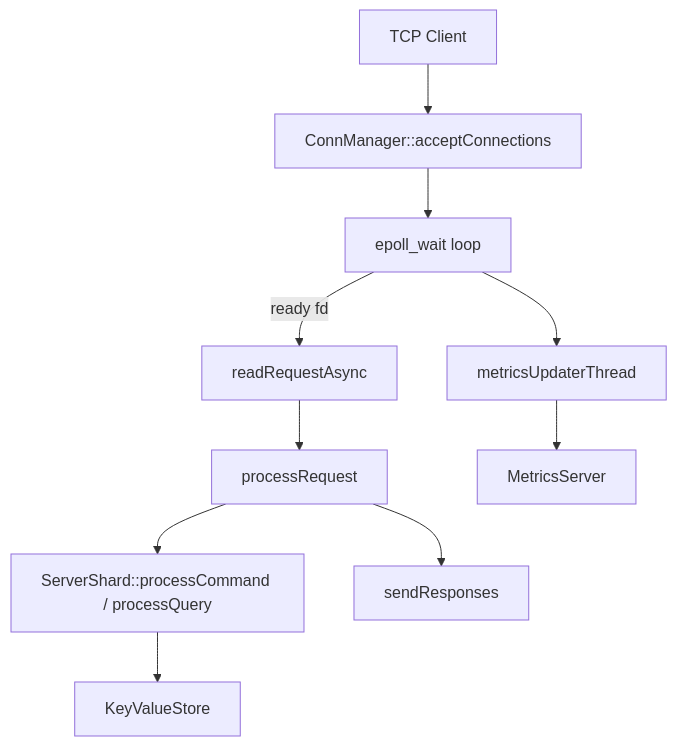
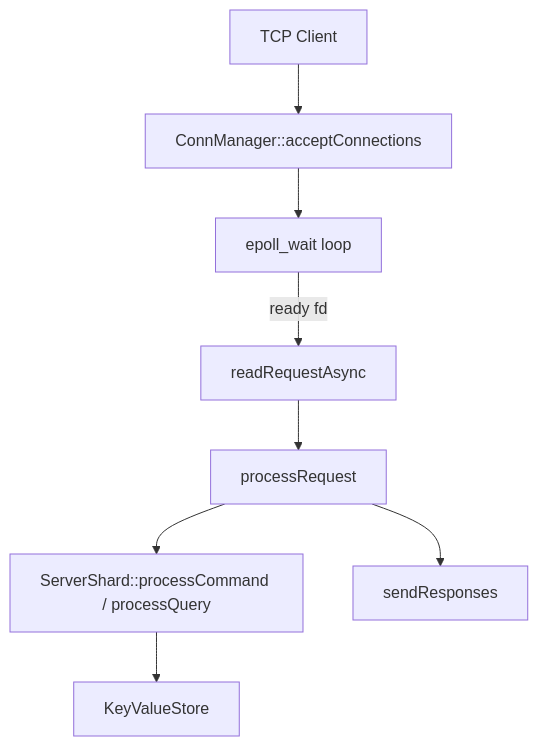
One commit to MisterVVP/poor-man-s-cache changed the first of 4 diagrams in docs/design.md. Above: the diagram before and after it, drawn with Mermaid. The commit also changed 5 other files, not shown here.

````diff
--- a/docs/design.md
+++ b/docs/design.md
@@ -5,11 +5,10 @@
 ```mermaid
 graph TD
     A[TCP Client] --> B[ConnManager::acceptConnections]
     B --> C[epoll_wait loop]
     C -->|ready fd| D[readRequestAsync]
     D --> E[processRequest]
     E --> F[ServerShard::processCommand / processQuery]
     F --> G[KeyValueStore]
     E --> H[sendResponses]
-    C --> I[metricsUpdaterThread] --> J[MetricsServer]
 ```
````
